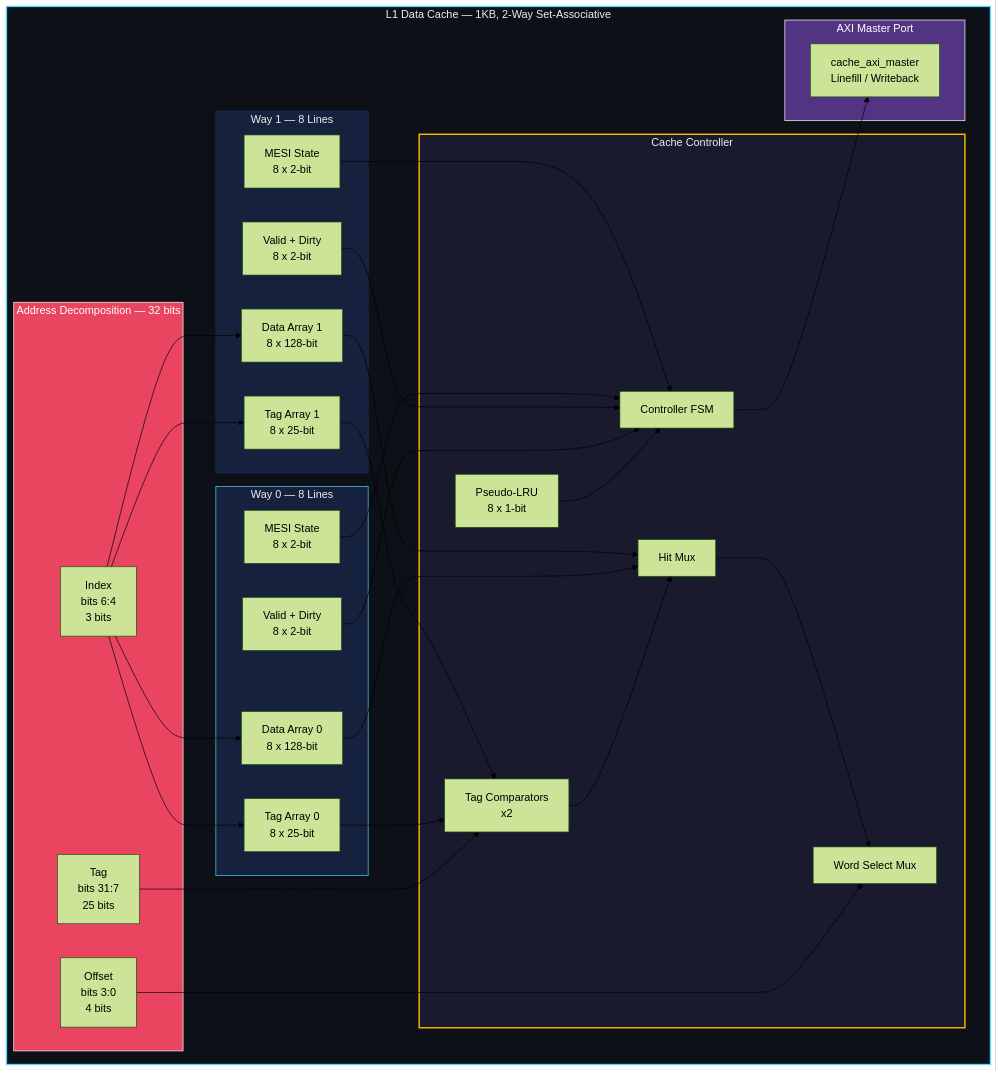
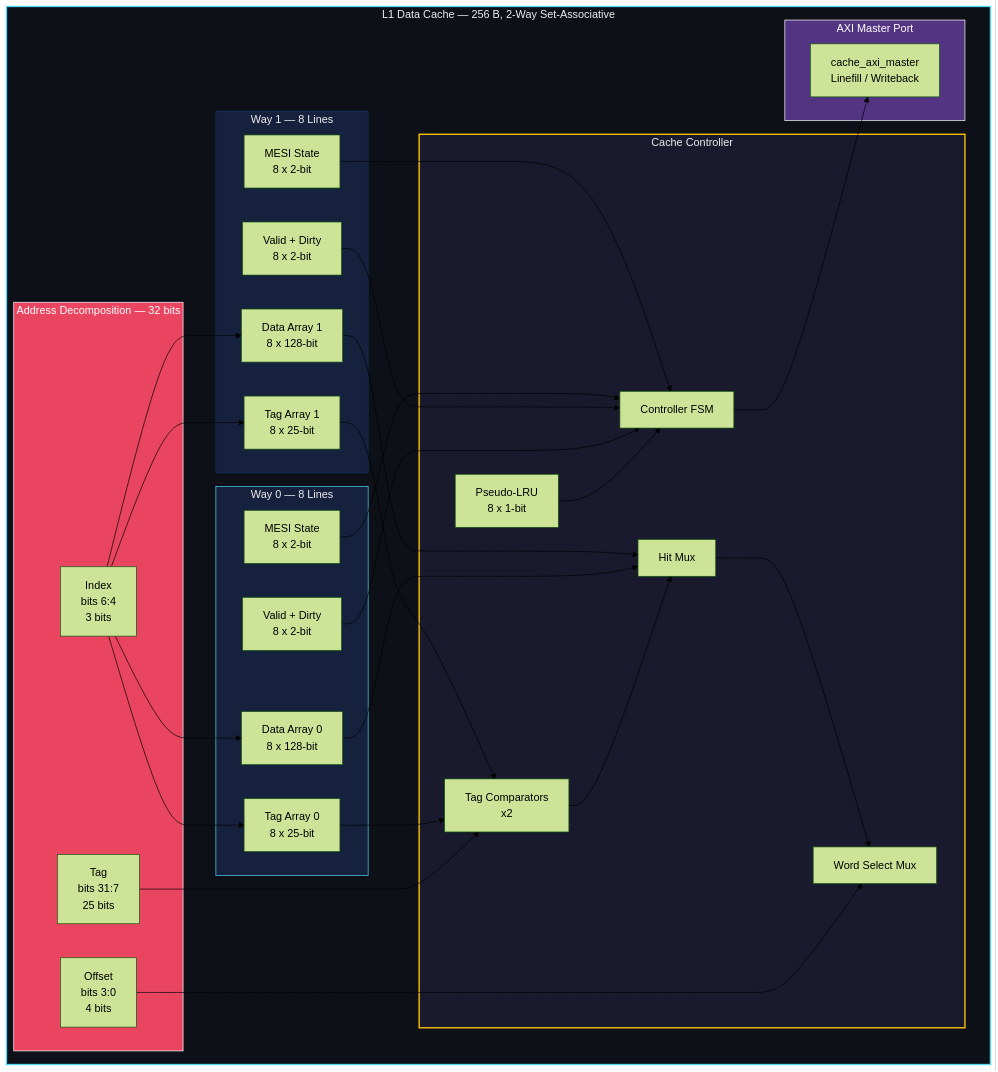
Before and after one commit to virochanmourya/CoreAccel-V: the fourth of 17 diagrams in docs/target_soc_architecture.md, drawn with Mermaid (forest theme). The commit also changed other lines of this file and 15 other files, not shown here.

First line of the commit message:
Rewrite the README and architecture docs for the current design

````diff
--- a/docs/target_soc_architecture.md
+++ b/docs/target_soc_architecture.md
@@ -317,65 +334,65 @@
 ```mermaid
 graph TB
-    subgraph CACHE["L1 Data Cache — 1KB, 2-Way Set-Associative"]
+    subgraph CACHE["L1 Data Cache — 256 B, 2-Way Set-Associative"]
         subgraph ADDR["Address Decomposition — 32 bits"]
             TAG_F["Tag<br/>bits 31:7<br/>25 bits"]
             IDX_F["Index<br/>bits 6:4<br/>3 bits"]
             OFF_F["Offset<br/>bits 3:0<br/>4 bits"]
         end
 
         subgraph WAY0["Way 0 — 8 Lines"]
             TA0["Tag Array 0<br/>8 x 25-bit"]
             DA0["Data Array 0<br/>8 x 128-bit"]
             VA0["Valid + Dirty<br/>8 x 2-bit"]
             MS0["MESI State<br/>8 x 2-bit"]
         end
 
         subgraph WAY1["Way 1 — 8 Lines"]
             TA1["Tag Array 1<br/>8 x 25-bit"]
             DA1["Data Array 1<br/>8 x 128-bit"]
             VA1["Valid + Dirty<br/>8 x 2-bit"]
             MS1["MESI State<br/>8 x 2-bit"]
         end
 
         subgraph CTRL["Cache Controller"]
             FSM["Controller FSM"]
             LRU["Pseudo-LRU<br/>8 x 1-bit"]
             TCMP["Tag Comparators<br/>x2"]
             HMUX["Hit Mux"]
             WMUX["Word Select Mux"]
         end
 
         subgraph AXIPORT["AXI Master Port"]
             AXIM["cache_axi_master<br/>Linefill / Writeback"]
         end
     end
 
     TAG_F --> TCMP
     IDX_F --> TA0
     IDX_F --> TA1
     IDX_F --> DA0
     IDX_F --> DA1
     OFF_F --> WMUX
 
     TA0 --> TCMP
     TA1 --> TCMP
     TCMP --> HMUX
     HMUX --> WMUX
 
     DA0 --> HMUX
     DA1 --> HMUX
 
     FSM --> AXIM
     LRU --> FSM
     VA0 --> FSM
     VA1 --> FSM
     MS0 --> FSM
     MS1 --> FSM
 
     style CACHE fill:#0d1117,stroke:#53d8fb,stroke-width:2px,color:#eee
     style ADDR fill:#e94560,stroke:#fff,stroke-width:1px,color:#fff
     style WAY0 fill:#16213e,stroke:#53d8fb,stroke-width:1px,color:#eee
     style WAY1 fill:#16213e,stroke:#0f3460,stroke-width:1px,color:#eee
     style CTRL fill:#1a1a2e,stroke:#ffc300,stroke-width:2px,color:#eee
     style AXIPORT fill:#533483,stroke:#fff,stroke-width:1px,color:#fff
 ```
````
